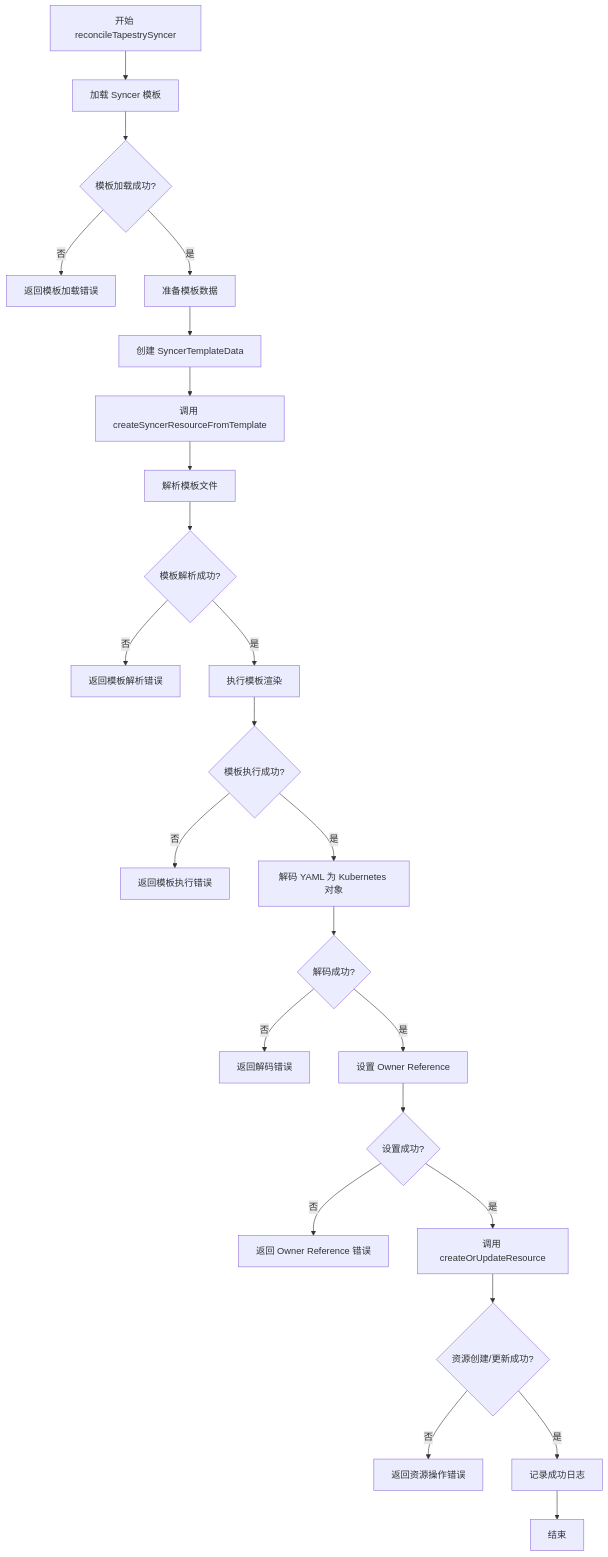
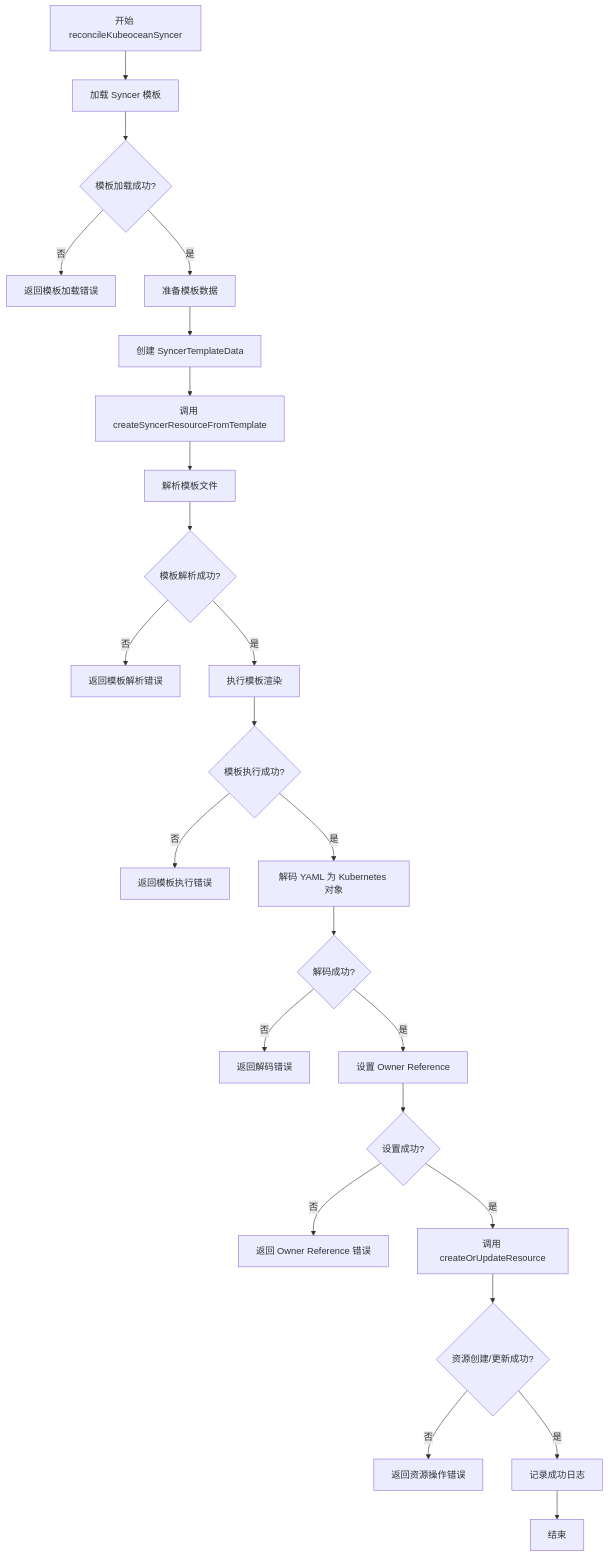
Before and after one commit to gocrane/kubeocean: the second of 3 diagrams in docs/manager.md, drawn with Mermaid. The commit also changed other lines of this file and 140 other files, not shown here.

Commit message:
chore: modify project name from tapestry to kubeocean

````diff
--- a/docs/manager.md
+++ b/docs/manager.md
@@ -87,26 +87,26 @@
 ```mermaid
 flowchart TD
-    A[开始 reconcileTapestrySyncer] --> B[加载 Syncer 模板]
+    A[开始 reconcileKubeoceanSyncer] --> B[加载 Syncer 模板]
     B --> C{模板加载成功?}
     C -->|否| D[返回模板加载错误]
     C -->|是| E[准备模板数据]
     E --> F[创建 SyncerTemplateData]
     F --> G[调用 createSyncerResourceFromTemplate]
     G --> H[解析模板文件]
     H --> I{模板解析成功?}
     I -->|否| J[返回模板解析错误]
     I -->|是| K[执行模板渲染]
     K --> L{模板执行成功?}
     L -->|否| M[返回模板执行错误]
     L -->|是| N[解码 YAML 为 Kubernetes 对象]
     N --> O{解码成功?}
     O -->|否| P[返回解码错误]
     O -->|是| Q[设置 Owner Reference]
     Q --> R{设置成功?}
     R -->|否| S[返回 Owner Reference 错误]
     R -->|是| T[调用 createOrUpdateResource]
     T --> U{资源创建/更新成功?}
     U -->|否| V[返回资源操作错误]
     U -->|是| W[记录成功日志]
     W --> X[结束]
 ```
````
